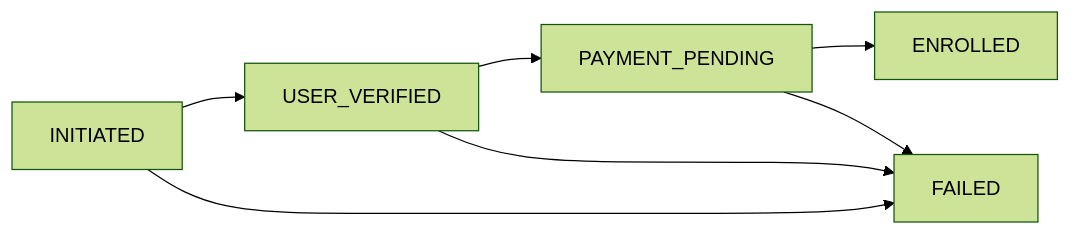
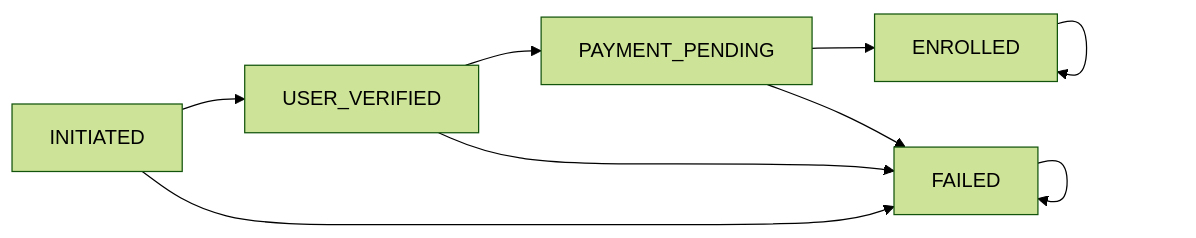
Before and after one commit to byte2code/course-service: the diagram in README.md, drawn with Mermaid (forest theme). The commit also changed other lines of this file and 5 other files, not shown here.

````diff
--- a/README.md
+++ b/README.md
@@ -47,9 +50,11 @@
 ```mermaid
 flowchart LR
     Initiated[INITIATED] --> Verified[USER_VERIFIED]
     Verified --> Pending[PAYMENT_PENDING]
     Pending --> Enrolled[ENROLLED]
     Initiated --> Failed[FAILED]
     Verified --> Failed
     Pending --> Failed
+    Enrolled --> Enrolled
+    Failed --> Failed
 ```
````
